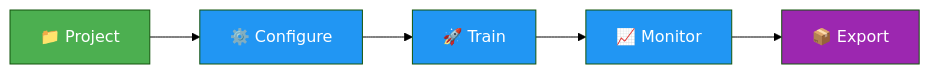
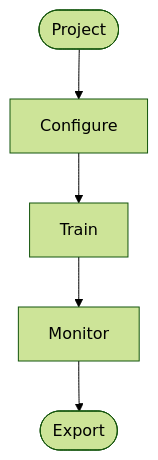
The first of 2 diagrams in docs/en/platform/train/index.md (ultralytics/ultralytics), drawn with Mermaid (forest theme) before and after one commit. The commit also changed other lines of this file and 20 other files, not shown here.

Commit message:
Migrate docs Mermaid diagrams to the unified design system (#26573)

````diff
--- a/docs/en/platform/train/index.md
+++ b/docs/en/platform/train/index.md
@@ -38,11 +38,7 @@
 ```mermaid
-graph LR
-    A[📁 Project]:::start --> B[⚙️ Configure]:::proc
-    B --> C[🚀 Train]:::proc
-    C --> D[📈 Monitor]:::proc
-    D --> E[📦 Export]:::out
-
-    classDef start fill:#4CAF50,color:#fff
-    classDef proc fill:#2196F3,color:#fff
-    classDef out fill:#9C27B0,color:#fff
+flowchart TD
+    A([Project]) --> B[Configure]
+    B --> C[Train]
+    C --> D[Monitor]
+    D --> E([Export])
 ```
````
